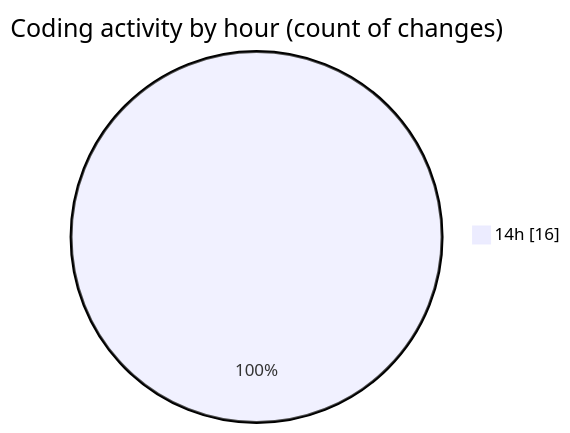
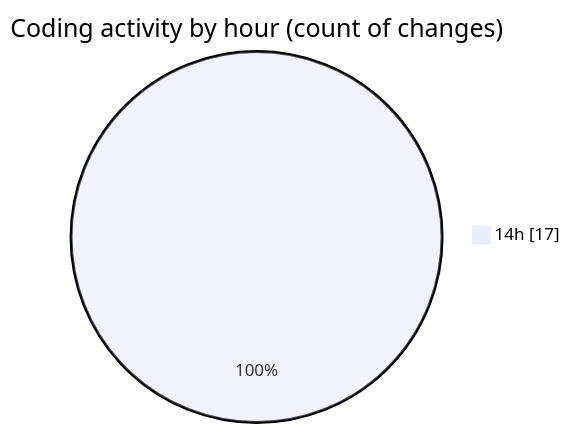
One commit to robertbonfada/code-tracking changed the second of 2 diagrams in 2025-03-01/termonied_testador/README.md. Above: the diagram before and after it, drawn with Mermaid. The commit also changed other lines of this file and 1 other file, not shown here.

````diff
--- a/2025-03-01/termonied_testador/README.md
+++ b/2025-03-01/termonied_testador/README.md
@@ -35,5 +35,5 @@
 ```mermaid
 pie showData
 title Coding activity by hour (count of changes)
-"14h" : 16
+"14h" : 17
 ```
````
